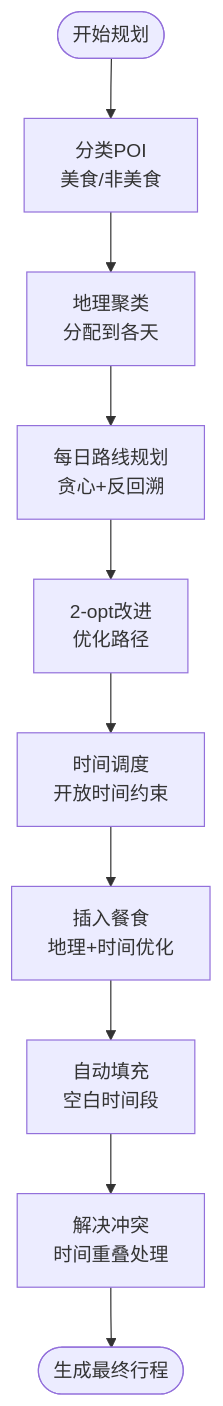
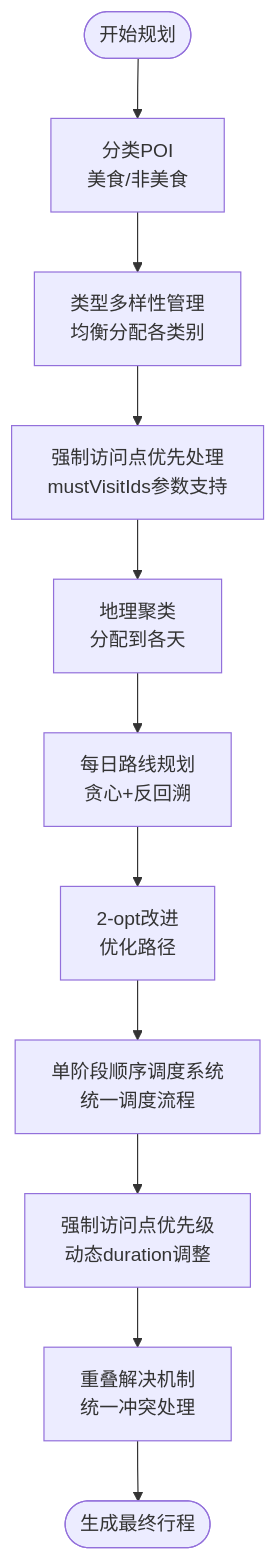
One commit to ititjjy/AITrip-plan changed the third of 27 diagrams in .qoder/repowiki/zh/content/项目概述/核心功能特性/智能旅行规划引擎.md. Above: the diagram before and after it, drawn with Mermaid. The commit also changed other lines of this file and 144 other files, not shown here.

````diff
--- a/.qoder/repowiki/zh/content/项目概述/核心功能特性/智能旅行规划引擎.md
+++ b/.qoder/repowiki/zh/content/项目概述/核心功能特性/智能旅行规划引擎.md
@@ -122,12 +146,13 @@
 ```mermaid
 flowchart TD
 Start([开始规划]) --> Classify[分类POI<br/>美食/非美食]
-Classify --> Cluster[地理聚类<br/>分配到各天]
+Classify --> Diversity[类型多样性管理<br/>均衡分配各类别]
+Diversity --> MustVisit[强制访问点优先处理<br/>mustVisitIds参数支持]
+MustVisit --> Cluster[地理聚类<br/>分配到各天]
 Cluster --> Route[每日路线规划<br/>贪心+反回溯]
 Route --> TwoOpt[2-opt改进<br/>优化路径]
-TwoOpt --> Schedule[时间调度<br/>开放时间约束]
-Schedule --> Meals[插入餐食<br/>地理+时间优化]
-Meals --> AutoFill[自动填充<br/>空白时间段]
-AutoFill --> Resolve[解决冲突<br/>时间重叠处理]
-Resolve --> End([生成最终行程])
+TwoOpt --> SingleStageSchedule[单阶段顺序调度系统<br/>统一调度流程]
+SingleStageSchedule --> MustVisitPriority[强制访问点优先级<br/>动态duration调整]
+MustVisitPriority --> OverlapResolution[重叠解决机制<br/>统一冲突处理]
+OverlapResolution --> End([生成最终行程])
 ```
````
